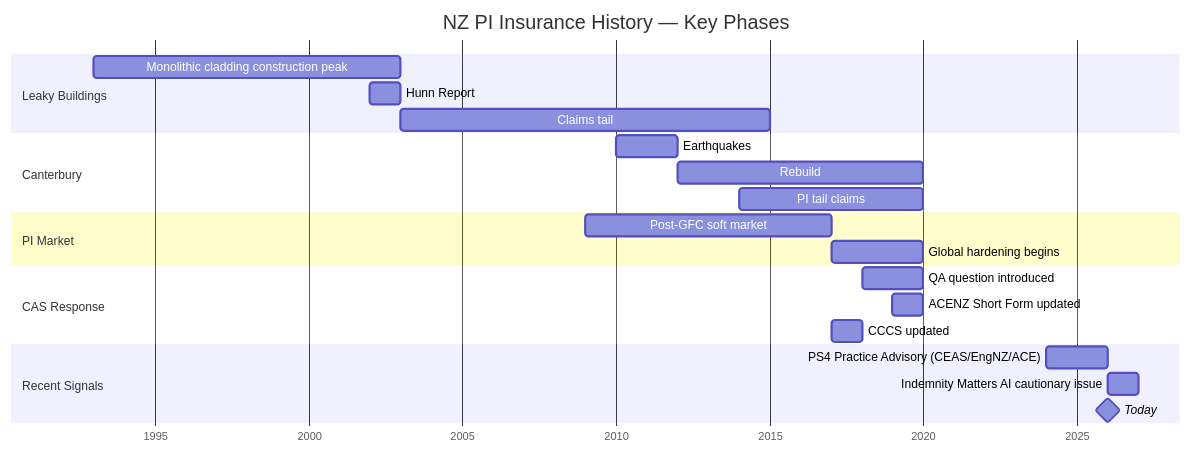
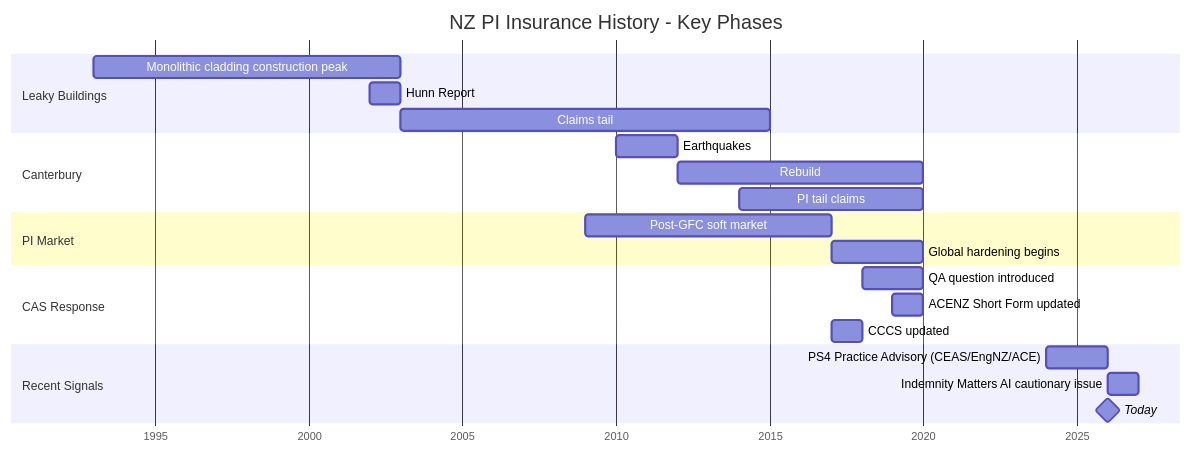
Before and after one commit to redmarklogic/redline: the fifth of 5 diagrams in docs/research/market/20260514-cas-renewal-qa-question-history.md, drawn with Mermaid. The commit also changed 2 other files, not shown here.

Commit message:
docs: update product strategy roadmap and research findings

````diff
--- a/docs/research/market/20260514-cas-renewal-qa-question-history.md
+++ b/docs/research/market/20260514-cas-renewal-qa-question-history.md
@@ -472,25 +472,25 @@
 ```mermaid
 gantt
-    title NZ PI Insurance History — Key Phases
+    title NZ PI Insurance History - Key Phases
     dateFormat YYYY
     axisFormat %Y
     section Leaky Buildings
     Monolithic cladding construction peak   :1993, 10y
     Hunn Report                             :2002, 1y
     Claims tail                             :2003, 12y
     section Canterbury
     Earthquakes                             :2010, 2y
     Rebuild                                 :2012, 8y
     PI tail claims                          :2014, 6y
     section PI Market
     Post-GFC soft market                    :2009, 8y
     Global hardening begins                 :2017, 3y
     section CAS Response
     QA question introduced                  :2018, 2y
     ACENZ Short Form updated                :2019, 1y
     CCCS updated                            :2017, 1y
     section Recent Signals
     PS4 Practice Advisory (CEAS/EngNZ/ACE)  :2024, 2y
     Indemnity Matters AI cautionary issue   :2026, 1y
     Today                                   :milestone, 2026, 0d
 ```
````
